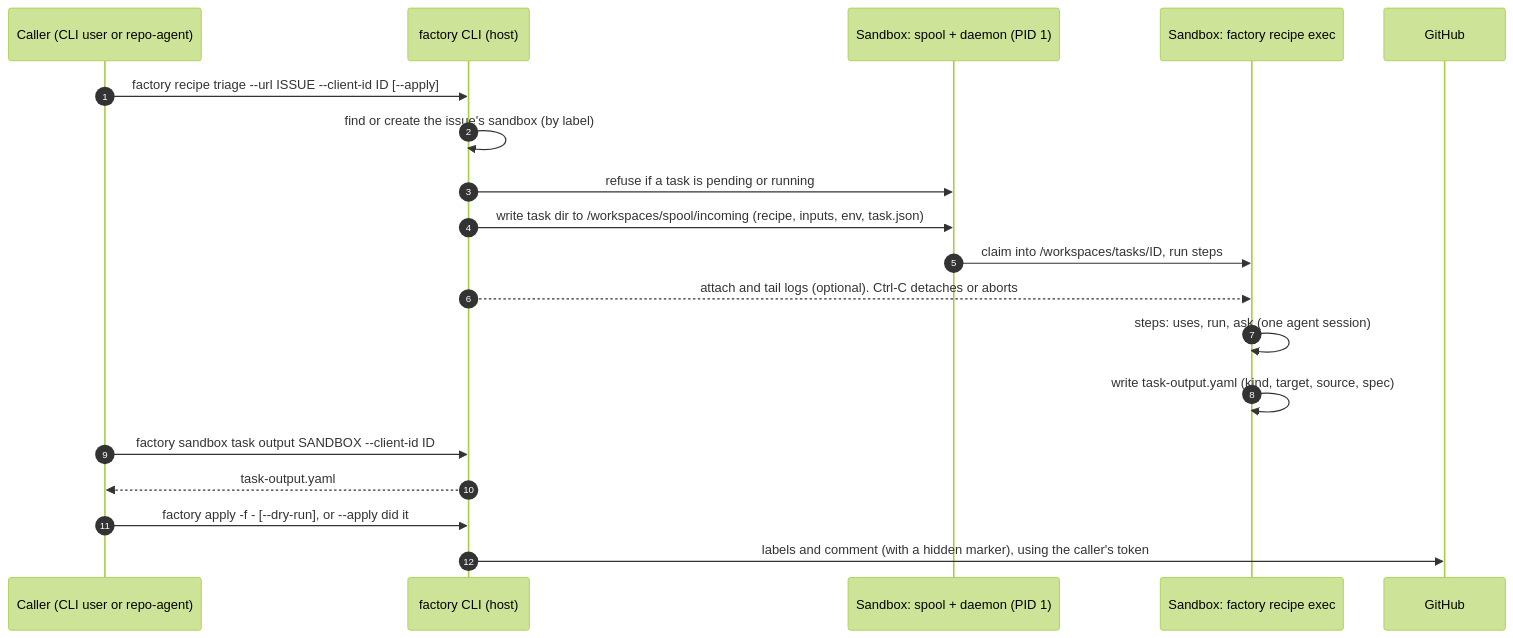
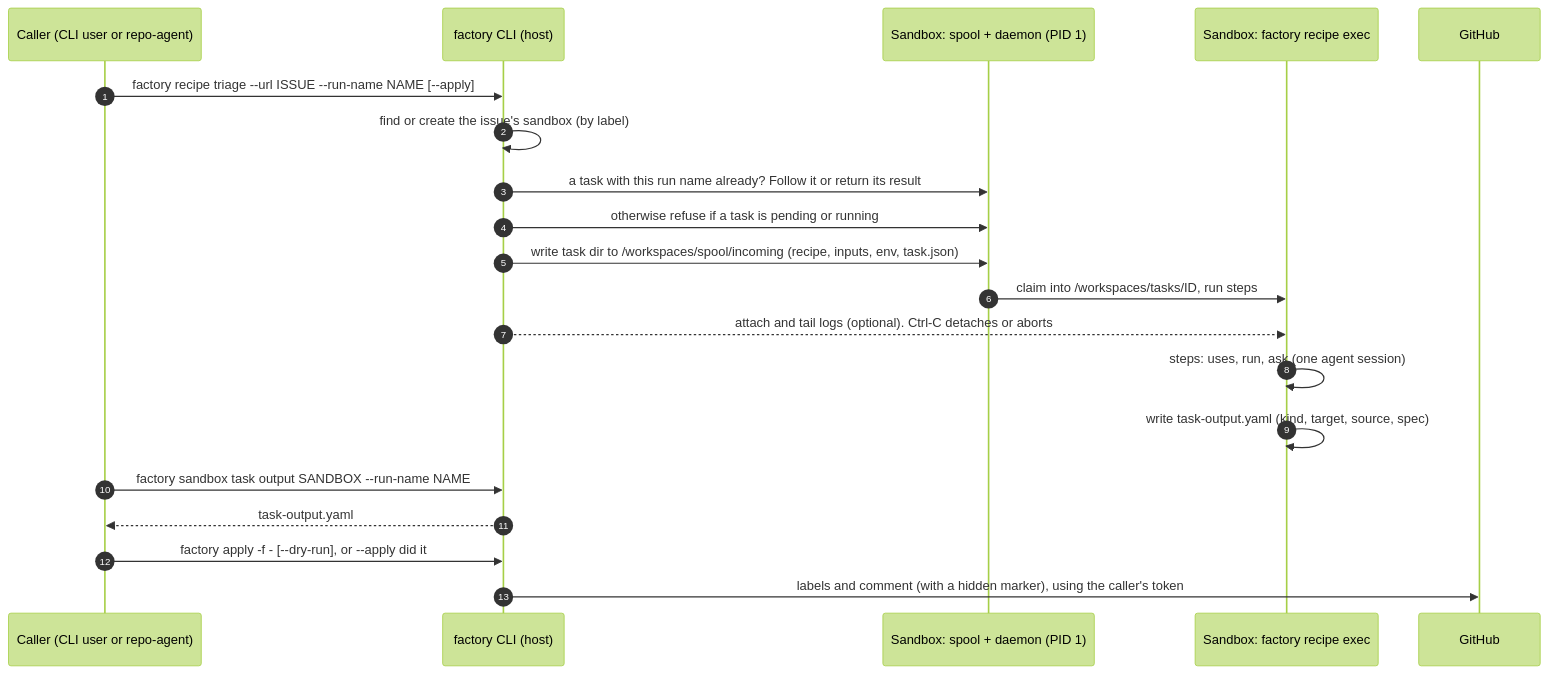
The diagram in factory/design/task-recipes-and-outputs.md (gke-labs/gemini-for-kubernetes-development), drawn with Mermaid (forest theme) before and after one commit. The commit also changed other lines of this file and 11 other files, not shown here.

First line of the commit message:
factory: recipe --run-name (was --client-id) is idempotent: a rerun follows or returns that run (#1725)

````diff
--- a/factory/design/task-recipes-and-outputs.md
+++ b/factory/design/task-recipes-and-outputs.md
@@ -23,22 +23,23 @@
 ```mermaid
 sequenceDiagram
     autonumber
     participant Caller as Caller (CLI user or repo-agent)
     participant CLI as factory CLI (host)
     participant Spool as Sandbox: spool + daemon (PID 1)
     participant Task as Sandbox: factory recipe exec
     participant GH as GitHub
 
-    Caller->>CLI: factory recipe triage --url ISSUE --client-id ID [--apply]
+    Caller->>CLI: factory recipe triage --url ISSUE --run-name NAME [--apply]
     CLI->>CLI: find or create the issue's sandbox (by label)
-    CLI->>Spool: refuse if a task is pending or running
+    CLI->>Spool: a task with this run name already? Follow it or return its result
+    CLI->>Spool: otherwise refuse if a task is pending or running
     CLI->>Spool: write task dir to /workspaces/spool/incoming (recipe, inputs, env, task.json)
     Spool->>Task: claim into /workspaces/tasks/ID, run steps
     CLI-->>Task: attach and tail logs (optional). Ctrl-C detaches or aborts
     Task->>Task: steps: uses, run, ask (one agent session)
     Task->>Task: write task-output.yaml (kind, target, source, spec)
-    Caller->>CLI: factory sandbox task output SANDBOX --client-id ID
+    Caller->>CLI: factory sandbox task output SANDBOX --run-name NAME
     CLI-->>Caller: task-output.yaml
     Caller->>CLI: factory apply -f - [--dry-run], or --apply did it
     CLI->>GH: labels and comment (with a hidden marker), using the caller's token
 ```
````
